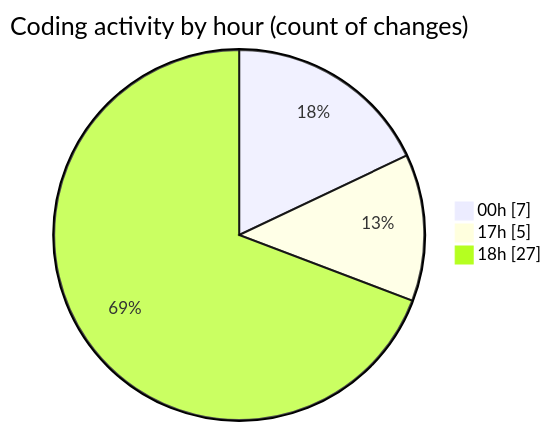
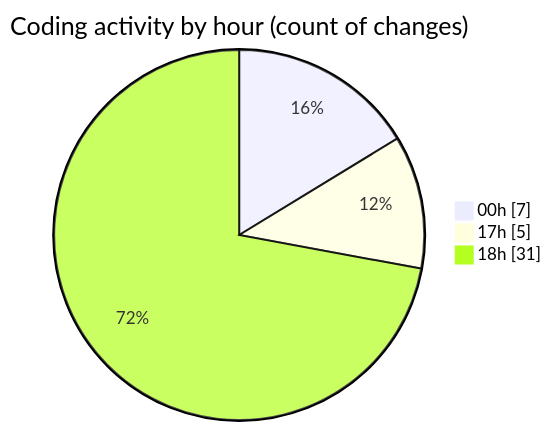
The second of 2 diagrams in 2025-05-25/elitesun/README.md (Elitesun/code-tracking), drawn with Mermaid before and after one commit. The commit also changed other lines of this file and 1 other file, not shown here.

````diff
--- a/2025-05-25/elitesun/README.md
+++ b/2025-05-25/elitesun/README.md
@@ -37,7 +37,7 @@
 ```mermaid
 pie showData
 title Coding activity by hour (count of changes)
 "00h" : 7
 "17h" : 5
-"18h" : 27
+"18h" : 31
 ```
````
